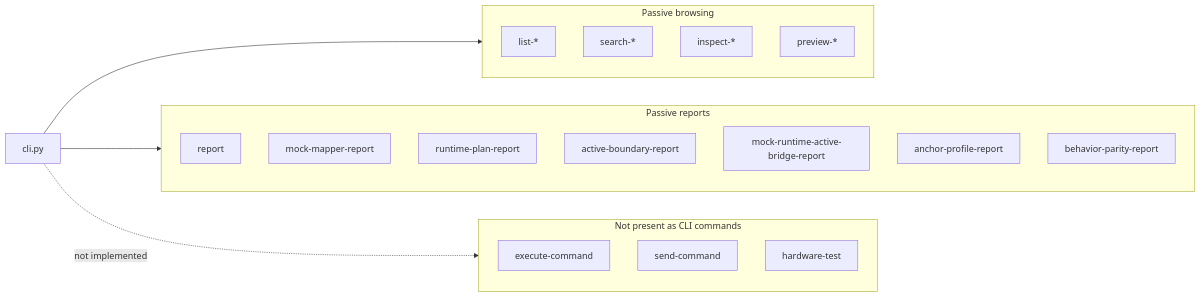
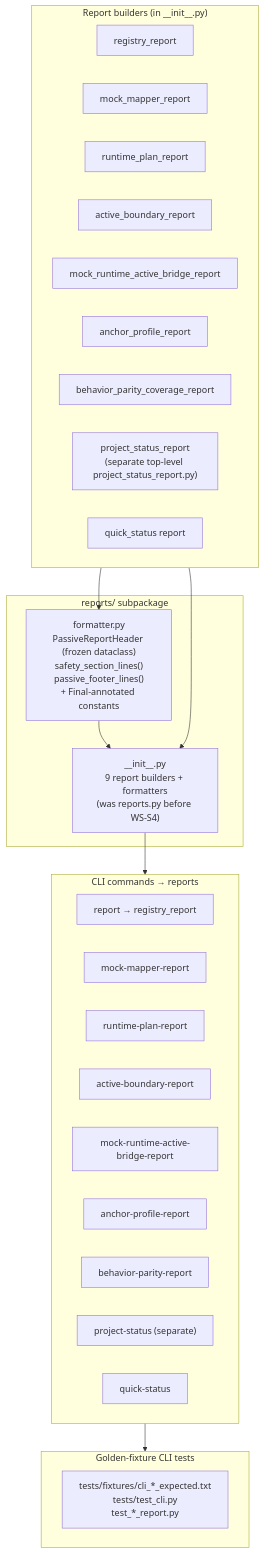
Before and after one commit to buzzijose-hub/RytmRandomizer: diagram 20 of 26 in docs/ARCHITECTURE_DIAGRAMS.md, drawn with Mermaid. The commit also changed other lines of this file and 3 other files, not shown here.

First line of the commit message:
docs: add 26 mermaid diagrams + AGENTS.md + refresh ARCHITECTURE.md cross-links

````diff
--- a/docs/ARCHITECTURE_DIAGRAMS.md
+++ b/docs/ARCHITECTURE_DIAGRAMS.md
@@ -553,31 +1175,42 @@
 ```mermaid
-flowchart LR
-    CLI["cli.py"]
-
-    subgraph Browsing["Passive browsing"]
-        List["list-*"]
-        Search["search-*"]
-        Inspect["inspect-*"]
-        Preview["preview-*"]
+flowchart TB
+    subgraph ReportsPkg["reports/ subpackage"]
+        Init["__init__.py<br/>9 report builders + formatters<br/>(was reports.py before WS-S4)"]
+        Formatter["formatter.py<br/>PassiveReportHeader (frozen dataclass)<br/>safety_section_lines()<br/>passive_footer_lines()<br/>+ Final-annotated constants"]
     end
 
-    subgraph Reports["Passive reports"]
-        Registry["report"]
-        MockMapper["mock-mapper-report"]
-        Runtime["runtime-plan-report"]
-        Active["active-boundary-report"]
-        Bridge["mock-runtime-active-bridge-report"]
-        Anchor["anchor-profile-report"]
-        Coverage["behavior-parity-report"]
+    subgraph Reports["Report builders (in __init__.py)"]
+        R1["registry_report"]
+        R2["mock_mapper_report"]
+        R3["runtime_plan_report"]
+        R4["active_boundary_report"]
+        R5["mock_runtime_active_bridge_report"]
+        R6["anchor_profile_report"]
+        R7["behavior_parity_coverage_report"]
+        R8["project_status_report<br/>(separate top-level project_status_report.py)"]
+        R9["quick_status report"]
     end
 
-    subgraph NotPresent["Not present as CLI commands"]
-        Execute["execute-command"]
-        Send["send-command"]
-        Hardware["hardware-test"]
+    subgraph CLICmds["CLI commands → reports"]
+        C1["report → registry_report"]
+        C2["mock-mapper-report"]
+        C3["runtime-plan-report"]
+        C4["active-boundary-report"]
+        C5["mock-runtime-active-bridge-report"]
+        C6["anchor-profile-report"]
+        C7["behavior-parity-report"]
+        C8["project-status (separate)"]
+        C9["quick-status"]
     end
 
-    CLI --> Browsing
-    CLI --> Reports
-    CLI -.->|"not implemented"| NotPresent
+    subgraph Fixtures["Golden-fixture CLI tests"]
+        GoldenTests["tests/fixtures/cli_*_expected.txt<br/>tests/test_cli.py<br/>test_*_report.py"]
+    end
+
+    Reports --> Formatter
+    Formatter --> Init
+    Reports --> Init
+
+    Init --> CLICmds
+    CLICmds --> Fixtures
 ```
````
